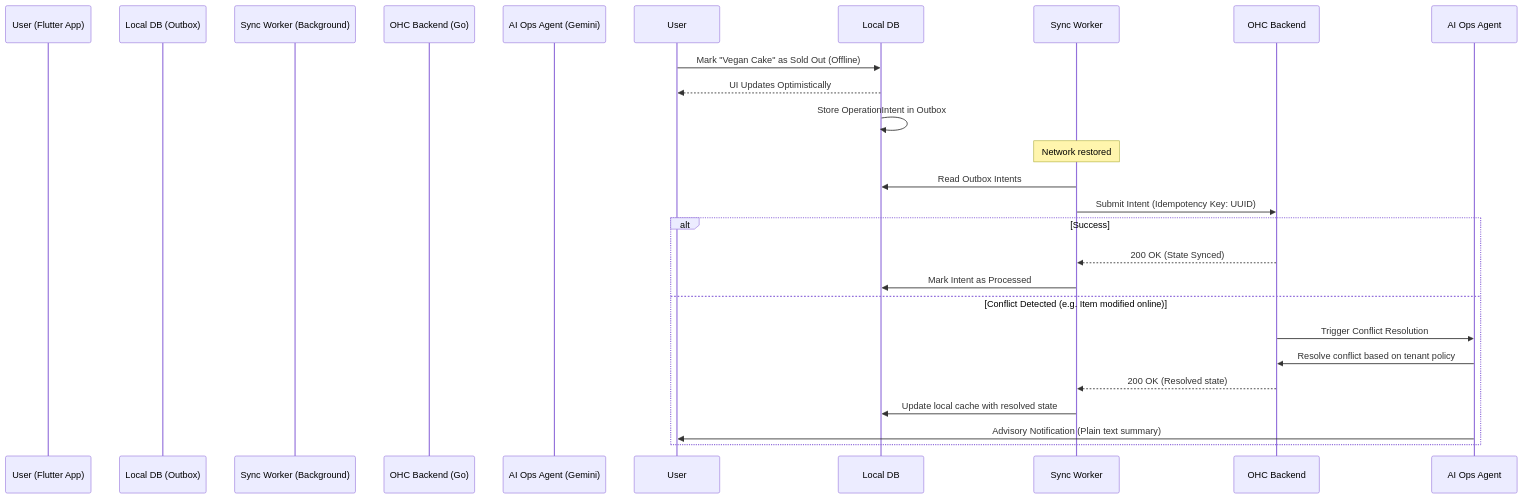
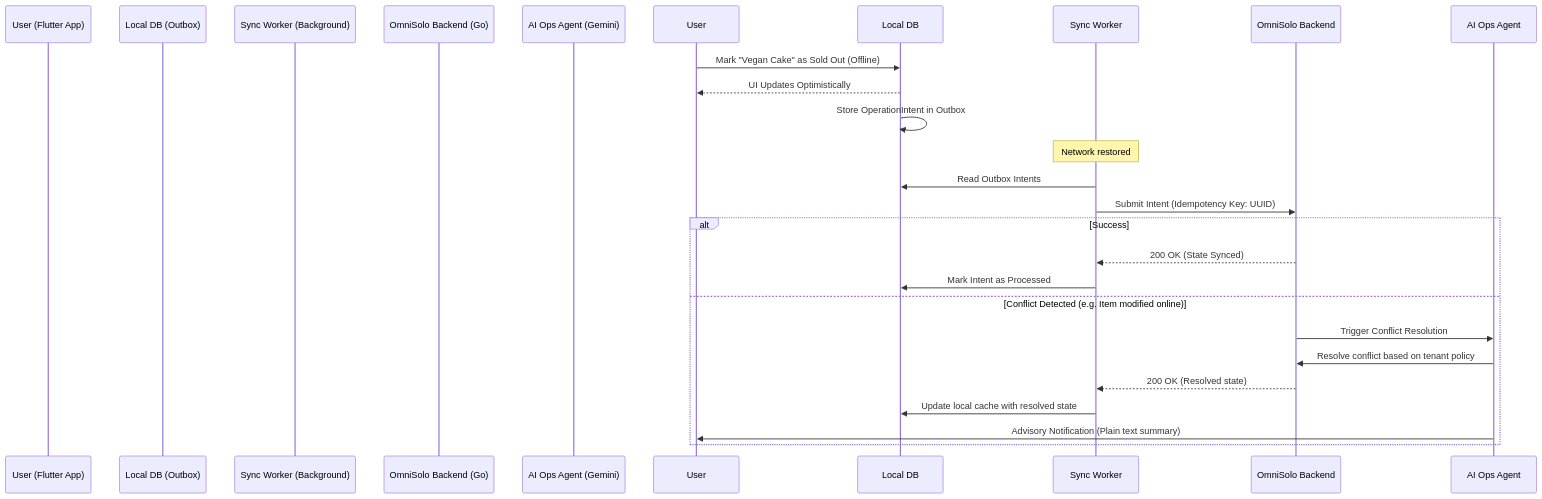
One commit to omnisolo-llc/onehumancorp changed the first of 2 diagrams in docs/technical/architecture/research/[architecture]_offline_first_pos_and_optimistic_mutation_engine.md. Above: the diagram before and after it, drawn with Mermaid. The commit also changed other lines of this file and 2191 other files, not shown here.

Commit message:
feat: complete OmniSolo rename and browser audit

````diff
--- a/docs/technical/architecture/research/[architecture]_offline_first_pos_and_optimistic_mutation_engine.md
+++ b/docs/technical/architecture/research/[architecture]_offline_first_pos_and_optimistic_mutation_engine.md
@@ -29,28 +29,28 @@
 ```mermaid
 sequenceDiagram
     participant User (Flutter App)
     participant Local DB (Outbox)
     participant Sync Worker (Background)
-    participant OHC Backend (Go)
+    participant OmniSolo Backend (Go)
     participant AI Ops Agent (Gemini)
 
     User->>Local DB: Mark "Vegan Cake" as Sold Out (Offline)
     Local DB-->>User: UI Updates Optimistically
     Local DB->>Local DB: Store OperationIntent in Outbox
 
     Note over Sync Worker: Network restored
 
     Sync Worker->>Local DB: Read Outbox Intents
-    Sync Worker->>OHC Backend: Submit Intent (Idempotency Key: UUID)
+    Sync Worker->>OmniSolo Backend: Submit Intent (Idempotency Key: UUID)
 
     alt Success
-        OHC Backend-->>Sync Worker: 200 OK (State Synced)
+        OmniSolo Backend-->>Sync Worker: 200 OK (State Synced)
         Sync Worker->>Local DB: Mark Intent as Processed
     else Conflict Detected (e.g. Item modified online)
-        OHC Backend->>AI Ops Agent: Trigger Conflict Resolution
-        AI Ops Agent->>OHC Backend: Resolve conflict based on tenant policy
-        OHC Backend-->>Sync Worker: 200 OK (Resolved state)
+        OmniSolo Backend->>AI Ops Agent: Trigger Conflict Resolution
+        AI Ops Agent->>OmniSolo Backend: Resolve conflict based on tenant policy
+        OmniSolo Backend-->>Sync Worker: 200 OK (Resolved state)
         Sync Worker->>Local DB: Update local cache with resolved state
         AI Ops Agent->>User: Advisory Notification (Plain text summary)
     end
 ```
````
